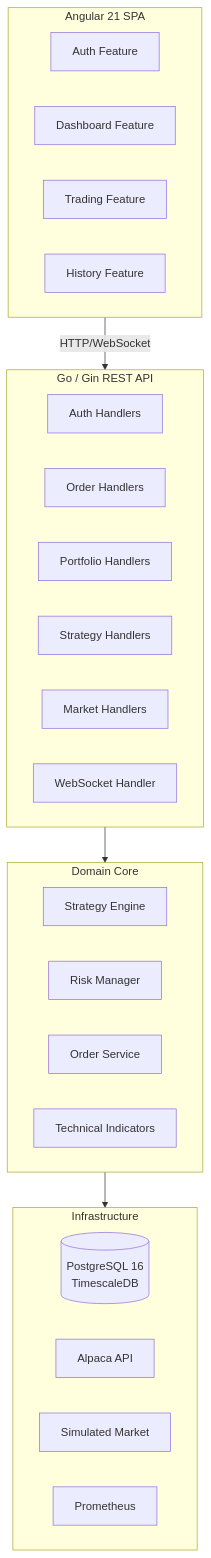
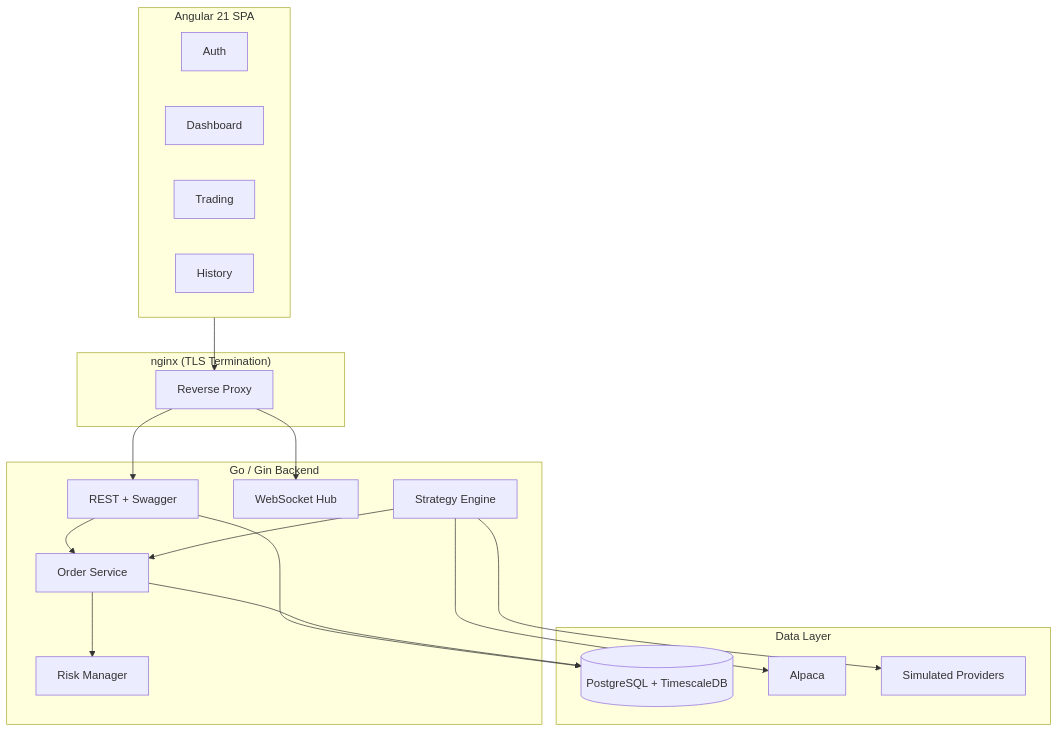
One commit to ash5220/TradeKai changed the first of 2 diagrams in README.md. Above: the diagram before and after it, drawn with Mermaid. The commit also changed other lines of this file, not shown here.

Commit message:
feat: update README for improved clarity and detail on architecture and deployment

````diff
--- a/README.md
+++ b/README.md
@@ -7,36 +9,38 @@
 ```mermaid
 graph TD
     subgraph Frontend["Angular 21 SPA"]
-        Auth[Auth Feature]
-        Dashboard[Dashboard Feature]
-        Trading[Trading Feature]
-        History[History Feature]
+        Auth[Auth]
+        Dashboard[Dashboard]
+        Trading[Trading]
+        History[History]
     end
 
-    subgraph API["Go / Gin REST API"]
-        AuthH[Auth Handlers]
-        OrderH[Order Handlers]
-        PortfolioH[Portfolio Handlers]
-        StrategyH[Strategy Handlers]
-        MarketH[Market Handlers]
-        WSH[WebSocket Handler]
+    subgraph Edge["nginx (TLS Termination)"]
+        Nginx[Reverse Proxy]
     end
 
-    subgraph Core["Domain Core"]
-        StrategyEngine[Strategy Engine]
-        RiskManager[Risk Manager]
-        OrderService[Order Service]
-        Indicators[Technical Indicators]
+    subgraph API["Go / Gin Backend"]
+        REST[REST + Swagger]
+        WS[WebSocket Hub]
+        OMS[Order Service]
+        Risk[Risk Manager]
+        Engine[Strategy Engine]
     end
 
-    subgraph Infra["Infrastructure"]
-        Postgres[(PostgreSQL 16\nTimescaleDB)]
-        AlpacaAPI[Alpaca API]
-        SimMarket[Simulated Market]
-        Prometheus[Prometheus]
+    subgraph Data["Data Layer"]
+        PG[(PostgreSQL + TimescaleDB)]
+        Alpaca[Alpaca]
+        Sim[Simulated Providers]
     end
 
-    Frontend -- "HTTP/WebSocket" --> API
-    API --> Core
-    Core --> Infra
+    Frontend --> Nginx
+    Nginx --> REST
+    Nginx --> WS
+    REST --> OMS
+    OMS --> Risk
+    Engine --> OMS
+    REST --> PG
+    OMS --> PG
+    Engine --> Alpaca
+    Engine --> Sim
 ```
````
